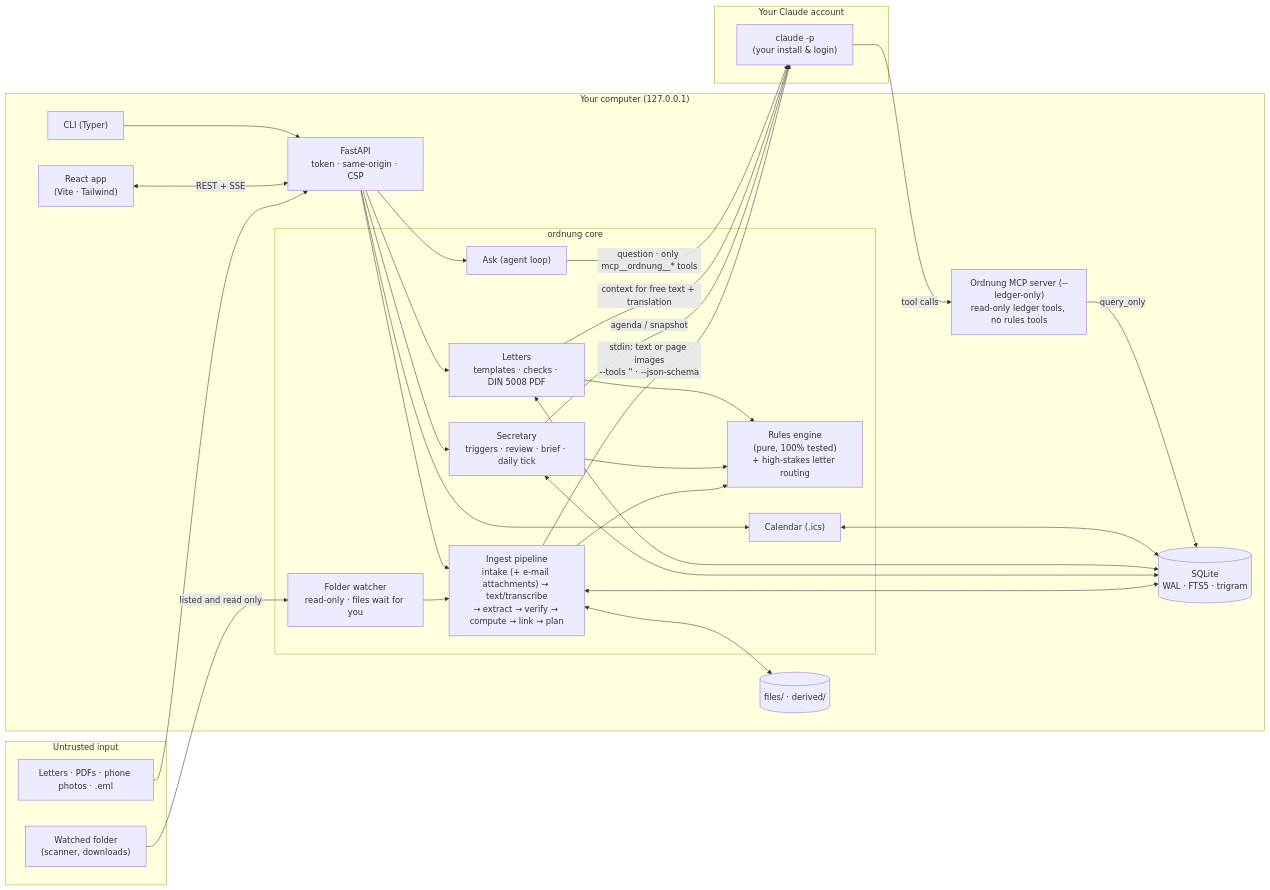
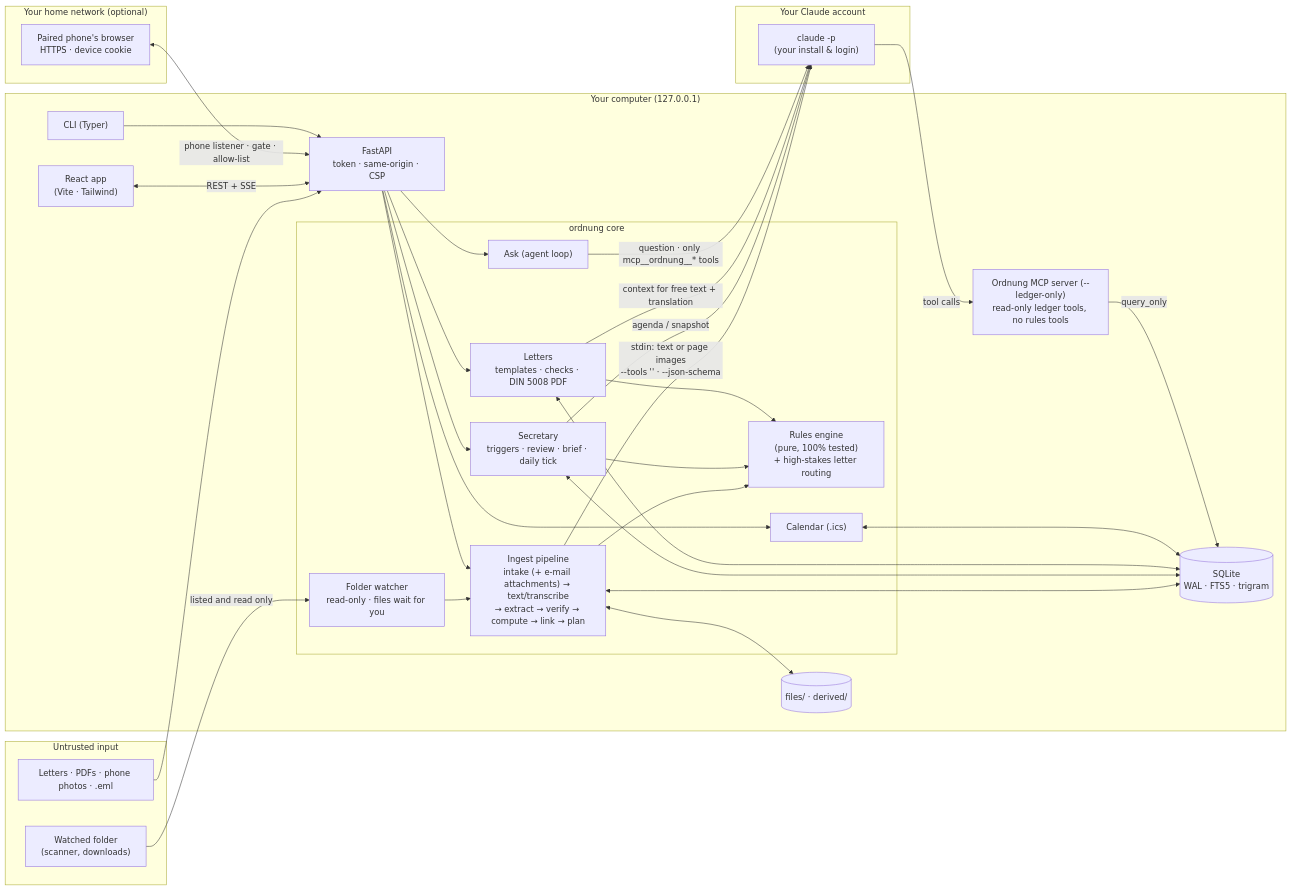
Before and after one commit to ahmedEid1/ordnung: the first of 8 diagrams in docs/architecture.md, drawn with Mermaid. The commit also changed other lines of this file and 5 other files, not shown here.

First line of the commit message:
Phone access docs: README, ADR 0017, privacy, architecture, SPEC and their pinned numbers

````diff
--- a/docs/architecture.md
+++ b/docs/architecture.md
@@ -9,47 +11,52 @@
 ```mermaid
 flowchart LR
   subgraph untrusted["Untrusted input"]
     L["Letters · PDFs · phone photos · .eml"]
     WF["Watched folder<br/>(scanner, downloads)"]
   end
 
   subgraph local["Your computer (127.0.0.1)"]
     UI["React app<br/>(Vite · Tailwind)"]
     CLI["CLI (Typer)"]
     API["FastAPI<br/>token · same-origin · CSP"]
     subgraph core["ordnung core"]
       FW["Folder watcher<br/>read-only · files wait for you"]
       ING["Ingest pipeline<br/>intake (+ e-mail attachments) → text/transcribe<br/>→ extract → verify → compute → link → plan"]
       RUL["Rules engine<br/>(pure, 100% tested)<br/>+ high-stakes letter routing"]
       SEC["Secretary<br/>triggers · review · brief · daily tick"]
       ASK["Ask (agent loop)"]
       DRF["Letters<br/>templates · checks · DIN 5008 PDF"]
       ICS["Calendar (.ics)"]
     end
     DB[("SQLite<br/>WAL · FTS5 · trigram")]
     FS[("files/ · derived/")]
     MCP["Ordnung MCP server (--ledger-only)<br/>read-only ledger tools, no rules tools"]
   end
 
   subgraph account["Your Claude account"]
     CC["claude -p<br/>(your install & login)"]
   end
 
+  subgraph home["Your home network (optional)"]
+    PH["Paired phone's browser<br/>HTTPS · device cookie"]
+  end
+
   L --> API
   WF -->|"listed and read only"| FW
   FW --> ING
   UI <-->|REST + SSE| API
+  PH <-->|"phone listener · gate · allow-list"| API
   CLI --> API
   API --> ING & SEC & ASK & DRF & ICS
   ING --> RUL
   SEC --> RUL
   DRF --> RUL
   ING & SEC & DRF & ICS <--> DB
   ING <--> FS
   ING -->|"stdin: text or page images<br/>--tools '' · --json-schema"| CC
   SEC -->|"agenda / snapshot"| CC
   DRF -->|"context for free text + translation"| CC
   ASK -->|"question · only mcp__ordnung__* tools"| CC
   CC -->|tool calls| MCP
   MCP -->|"query_only"| DB
 ```
````
